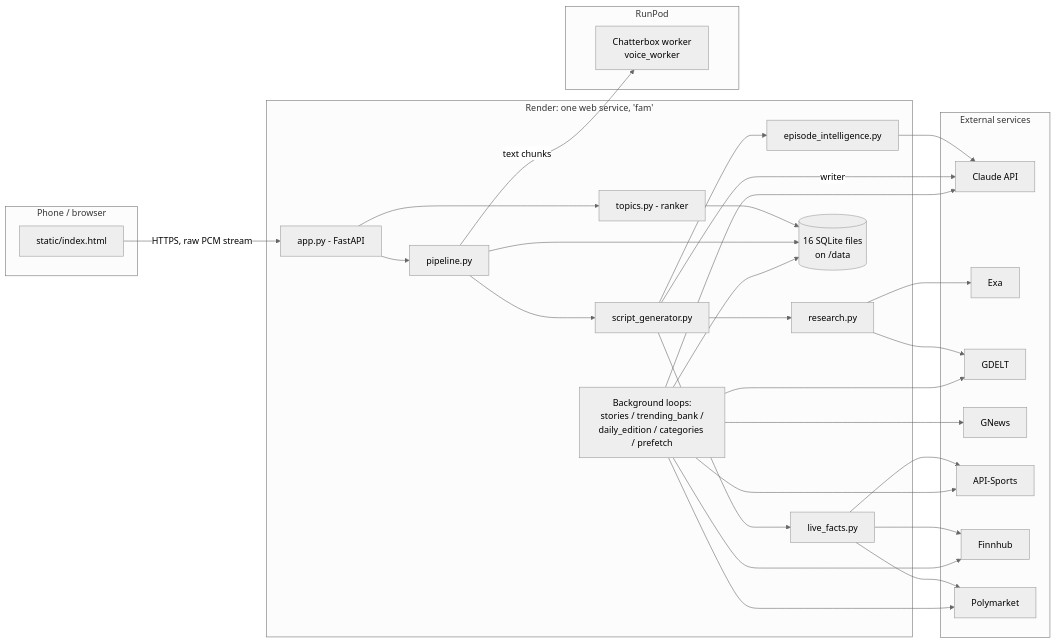
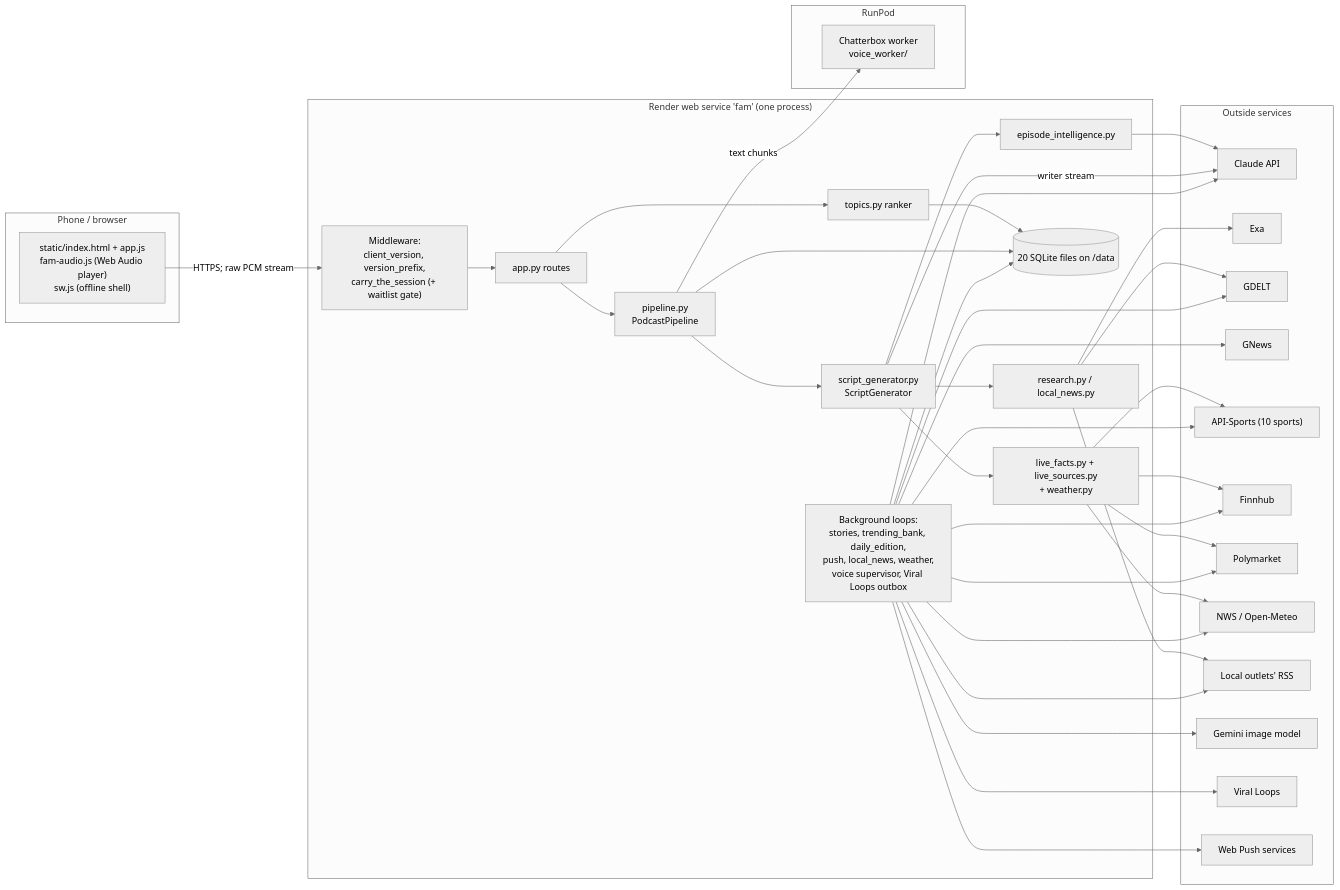
One commit to tjweingart-byte/FAM changed the first of 5 diagrams in docs/BACKEND.md. Above: the diagram before and after it, drawn with Mermaid (neutral theme). The commit also changed other lines of this file, not shown here.

````diff
--- a/docs/BACKEND.md
+++ b/docs/BACKEND.md
@@ -17,41 +32,46 @@
 ```mermaid
 flowchart LR
   subgraph Client["Phone / browser"]
-    UI[static/index.html]
+    UI["static/index.html + app.js<br/>fam-audio.js (Web Audio player)<br/>sw.js (offline shell)"]
   end
-  subgraph Render["Render: one web service, 'fam'"]
-    APP[app.py - FastAPI]
-    PIPE[pipeline.py]
-    GEN[script_generator.py]
-    EI[episode_intelligence.py]
-    RES[research.py]
-    LF[live_facts.py]
-    RANK[topics.py - ranker]
-    BG[Background loops:<br/>stories / trending_bank /<br/>daily_edition / categories / prefetch]
-    DB[(16 SQLite files<br/>on /data)]
+  subgraph Render["Render web service 'fam' (one process)"]
+    MW["Middleware:<br/>client_version, version_prefix,<br/>carry_the_session (+ waitlist gate)"]
+    APP["app.py routes"]
+    PIPE["pipeline.py<br/>PodcastPipeline"]
+    GEN["script_generator.py<br/>ScriptGenerator"]
+    EI["episode_intelligence.py"]
+    RES["research.py / local_news.py"]
+    LF["live_facts.py + live_sources.py<br/>+ weather.py"]
+    RANK["topics.py ranker"]
+    BG["Background loops:<br/>stories, trending_bank, daily_edition,<br/>push, local_news, weather,<br/>voice supervisor, Viral Loops outbox"]
+    DB[("20 SQLite files on /data")]
   end
-  subgraph Ext["External services"]
-    CL[Claude API]
-    EXA[Exa]
-    GD[GDELT]
-    GN[GNews]
-    AS[API-Sports]
-    FH[Finnhub]
-    PM[Polymarket]
+  subgraph Ext["Outside services"]
+    CL["Claude API"]
+    EXA["Exa"]
+    GD["GDELT"]
+    GN["GNews"]
+    AS["API-Sports (10 sports)"]
+    FH["Finnhub"]
+    PM["Polymarket"]
+    WX["NWS / Open-Meteo"]
+    FEEDS["Local outlets' RSS"]
+    GEM["Gemini image model"]
+    VL["Viral Loops"]
+    WP["Web Push services"]
   end
   subgraph RunPod
-    TTS[Chatterbox worker<br/>voice_worker]
+    TTS["Chatterbox worker<br/>voice_worker/"]
   end
-  UI -- HTTPS, raw PCM stream --> APP
+  UI -- "HTTPS; raw PCM stream" --> MW --> APP
   APP --> PIPE --> GEN
   GEN --> EI --> CL
-  GEN --> RES --> EXA
-  RES --> GD
-  GEN --> LF --> AS & FH & PM
-  GEN -- writer --> CL
-  PIPE -- text chunks --> TTS
+  GEN --> RES --> EXA & GD & FEEDS
+  GEN --> LF --> AS & FH & PM & WX
+  GEN -- "writer stream" --> CL
+  PIPE -- "text chunks" --> TTS
   APP --> RANK --> DB
   PIPE --> DB
-  BG --> CL & GN & GD & AS & FH & PM
+  BG --> CL & GN & GD & AS & FH & PM & WX & FEEDS & GEM & VL & WP
   BG --> DB
 ```
````
